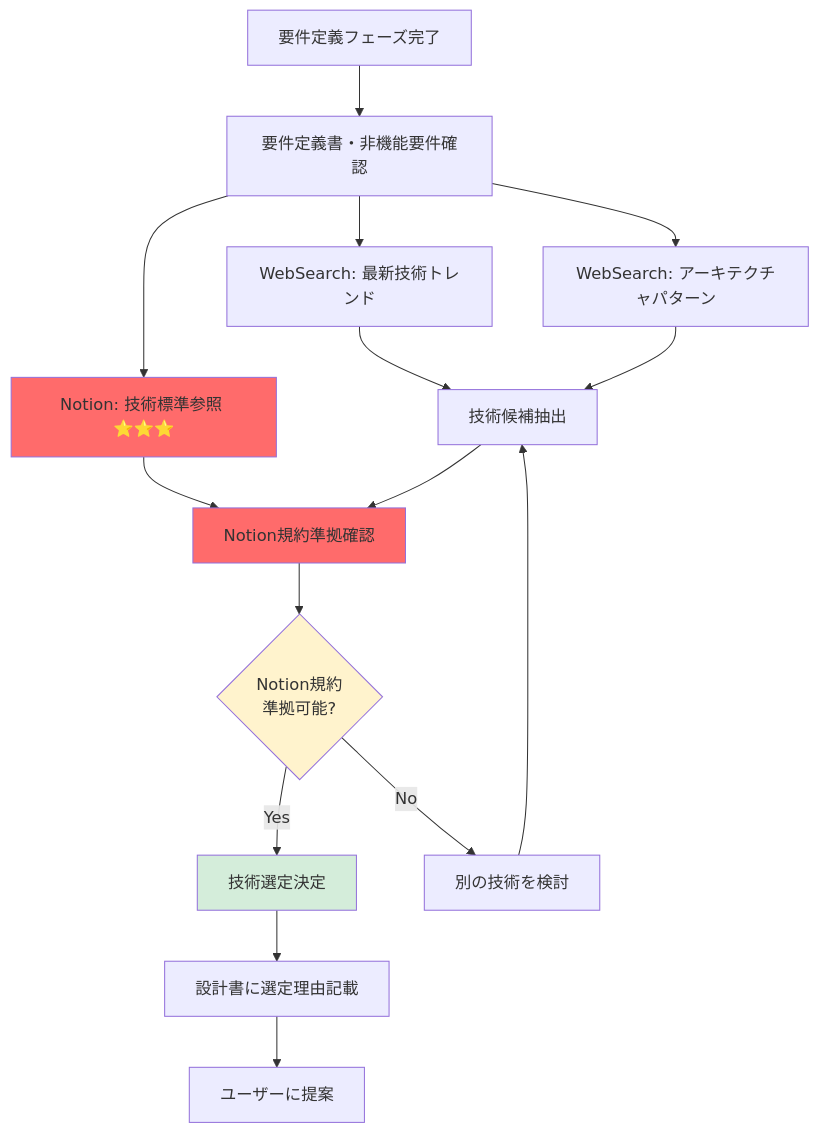
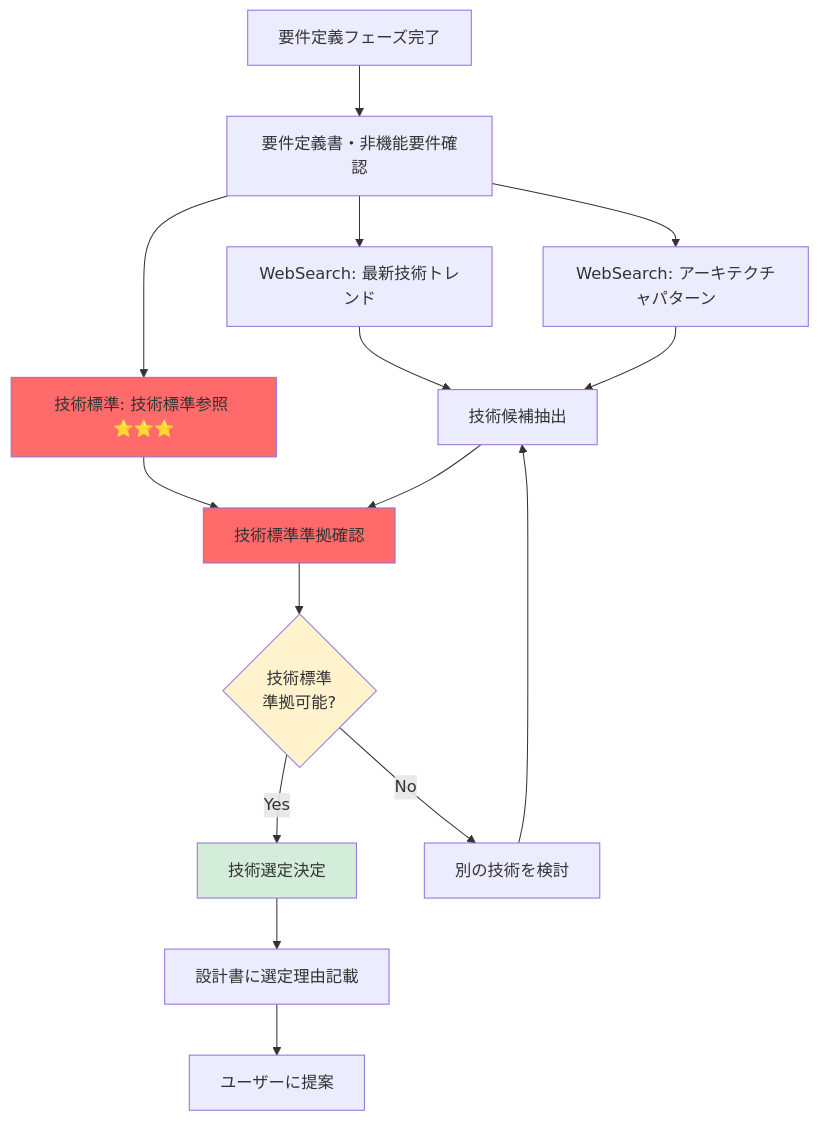
The second of 2 diagrams in .claude/docs/10_facilitation/2.3_設計フェーズ/2.3.0_事前調査.md (k-tanaka-522/aidev), drawn with Mermaid before and after one commit. The commit also changed other lines of this file and 21 other files, not shown here.

````diff
--- a/.claude/docs/10_facilitation/2.3_設計フェーズ/2.3.0_事前調査.md
+++ b/.claude/docs/10_facilitation/2.3_設計フェーズ/2.3.0_事前調査.md
@@ -455,26 +455,26 @@
 ```mermaid
 flowchart TB
     A[要件定義フェーズ完了] --> B[要件定義書・非機能要件確認]
     B --> C1[WebSearch: 最新技術トレンド]
     B --> C2[WebSearch: アーキテクチャパターン]
-    B --> C3[Notion: 技術標準参照 ⭐⭐⭐]
+    B --> C3[技術標準: 技術標準参照 ⭐⭐⭐]
 
     C1 --> D[技術候補抽出]
     C2 --> D
-    C3 --> E[Notion規約準拠確認]
+    C3 --> E[技術標準準拠確認]
 
     D --> E
-    E --> F{Notion規約<br/>準拠可能?}
+    E --> F{技術標準<br/>準拠可能?}
 
     F -->|Yes| G[技術選定決定]
     F -->|No| H[別の技術を検討]
     H --> D
 
     G --> I[設計書に選定理由記載]
     I --> J[ユーザーに提案]
 
     style C3 fill:#ff6b6b
     style E fill:#ff6b6b
     style F fill:#fff3cd
     style G fill:#d4edda
 ```
````
